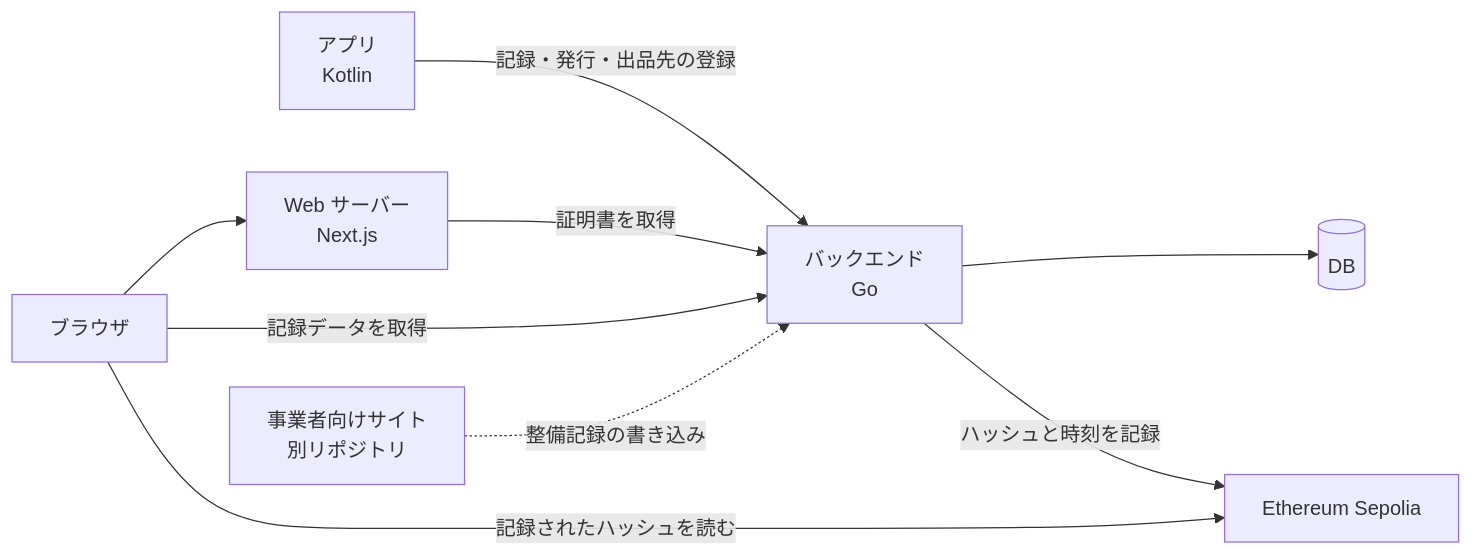
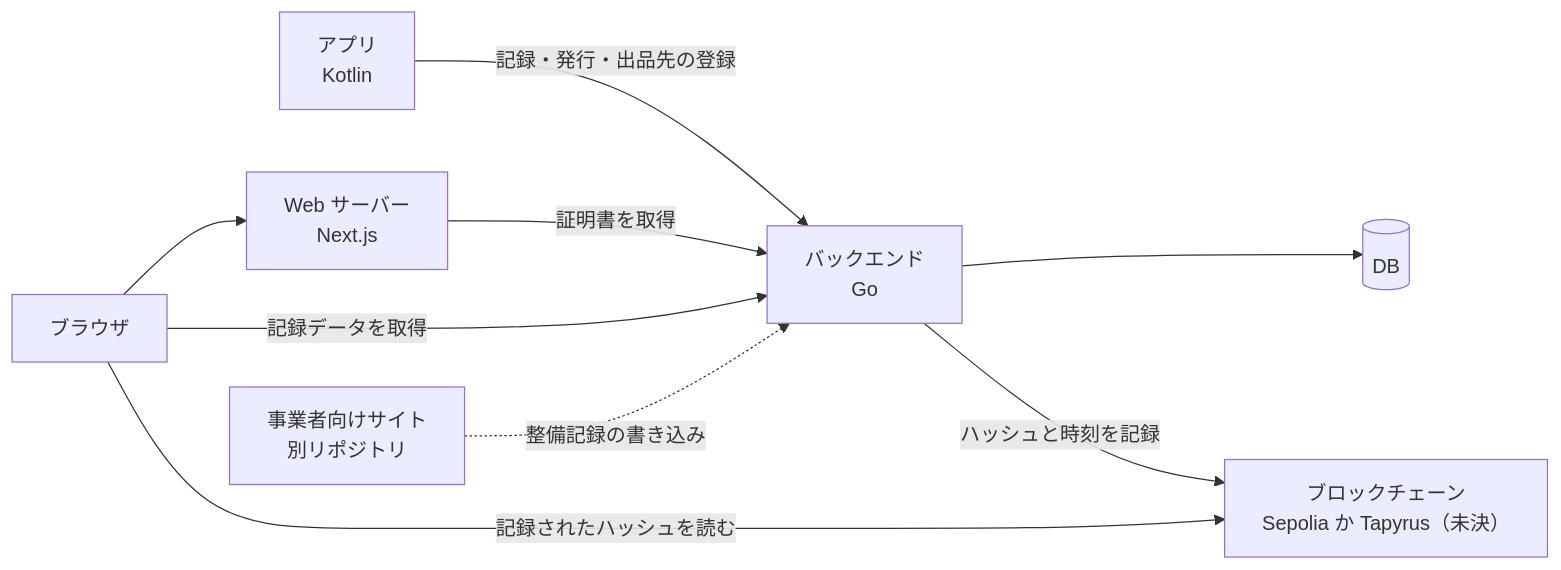
One commit to saku0875/smapass-web changed the diagram in docs/architecture.md. Above: the diagram before and after it, drawn with Mermaid. The commit also changed other lines of this file and 65 other files, not shown here.

````diff
--- a/docs/architecture.md
+++ b/docs/architecture.md
@@ -7,11 +7,11 @@
 ```mermaid
 flowchart LR
     APP[アプリ<br>Kotlin] -- 記録・発行・出品先の登録 --> GO[バックエンド<br>Go]
     GO --> DB[(DB)]
-    GO -- ハッシュと時刻を記録 --> CHAIN[Ethereum Sepolia]
+    GO -- ハッシュと時刻を記録 --> CHAIN[ブロックチェーン<br>Sepolia か Tapyrus（未決）]
     NEXT[Web サーバー<br>Next.js] -- 証明書を取得 --> GO
     BROWSER[ブラウザ] --> NEXT
     BROWSER -- 記録データを取得 --> GO
     BROWSER -- 記録されたハッシュを読む --> CHAIN
     PARTNER[事業者向けサイト<br>別リポジトリ] -. 整備記録の書き込み .-> GO
 ```
````
